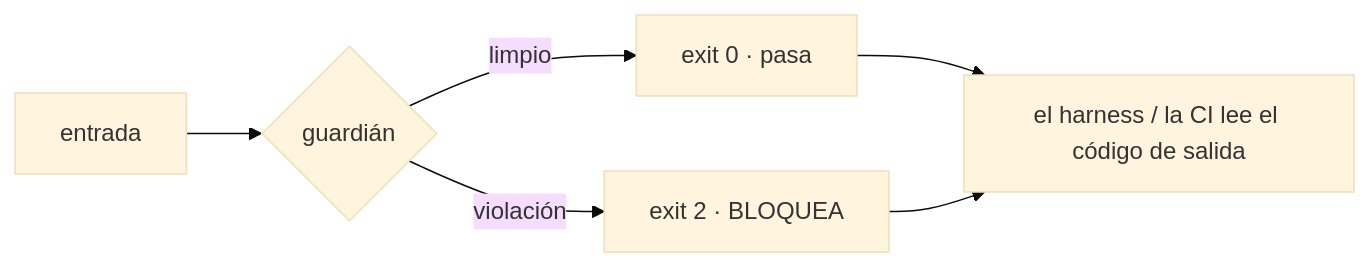
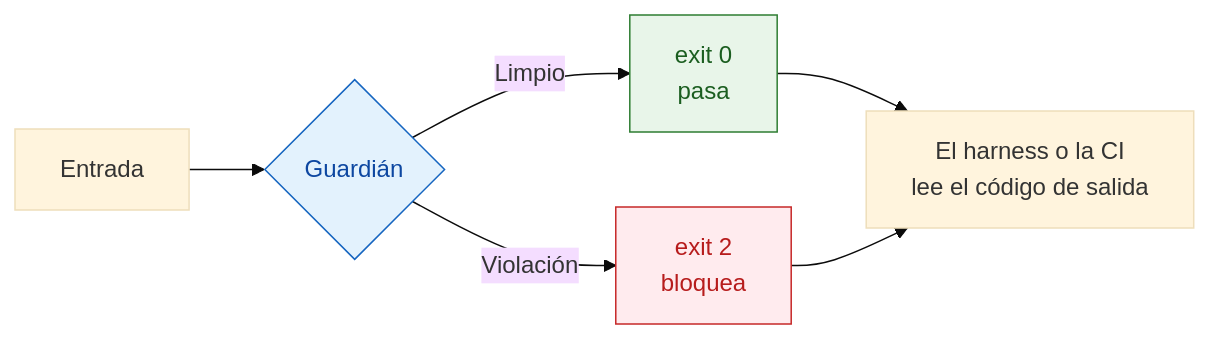
Before and after one commit to jleonceo/guardianes-verificados-ia: the diagram in README.md, drawn with Mermaid (base theme). The commit also changed 1 other file, not shown here.

Commit message:
Esquema: mismos colores y rótulos que el resto de repositorios

````diff
--- a/README.md
+++ b/README.md
@@ -48,8 +48,11 @@
 ```mermaid
 flowchart LR
-    I[entrada] --> G{guardián}
-    G -- limpio --> Z["exit 0 · pasa"]
-    G -- violación --> T["exit 2 · BLOQUEA"]
-    Z --> H[el harness / la CI lee el código de salida]
+    I[Entrada] --> G{Guardián}
+    G -->|Limpio| Z[exit 0<br/>pasa]
+    G -->|Violación| T[exit 2<br/>bloquea]
+    Z --> H[El harness o la CI<br/>lee el código de salida]
     T --> H
+    style G fill:#e3f2fd,stroke:#1565c0,color:#0d47a1
+    style Z fill:#e8f5e9,stroke:#2e7d32,color:#1b5e20
+    style T fill:#ffebee,stroke:#c62828,color:#b71c1c
 ```
````
